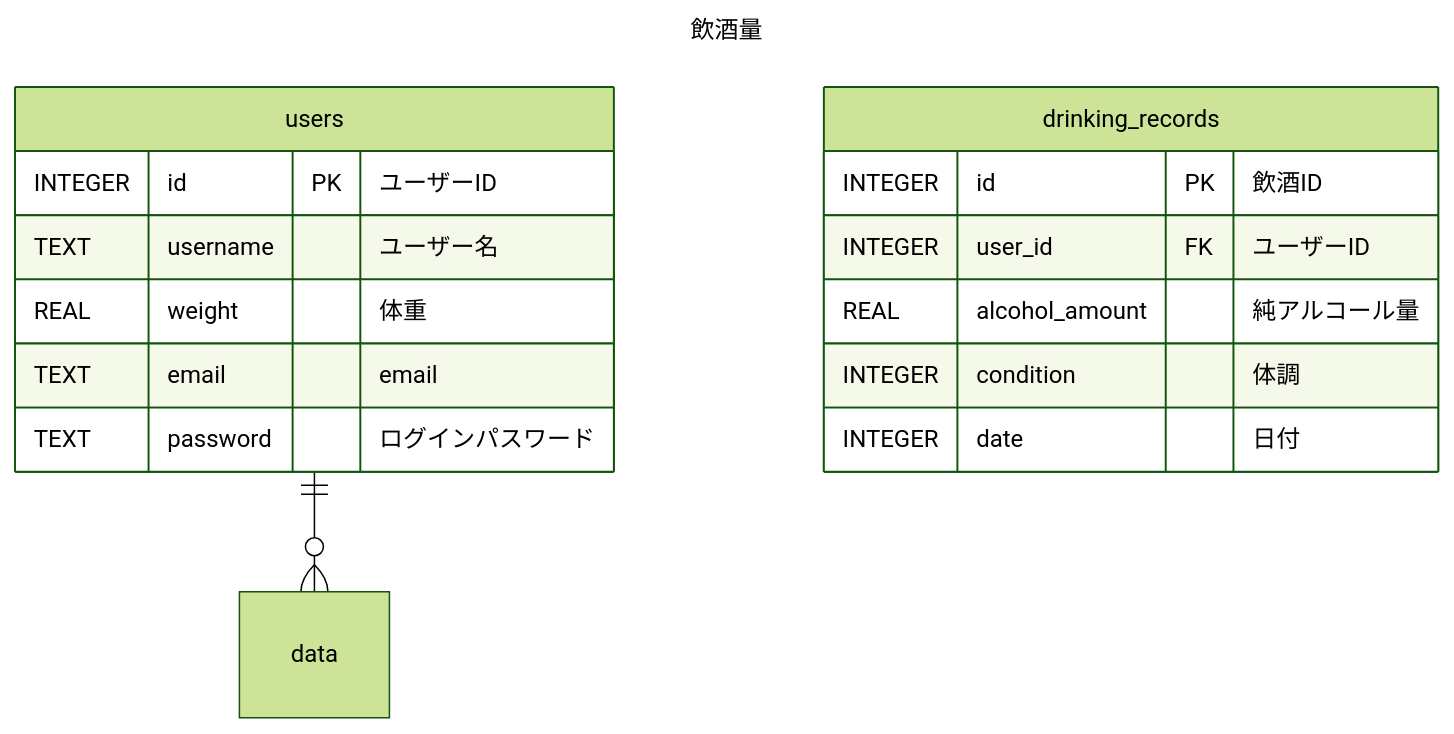
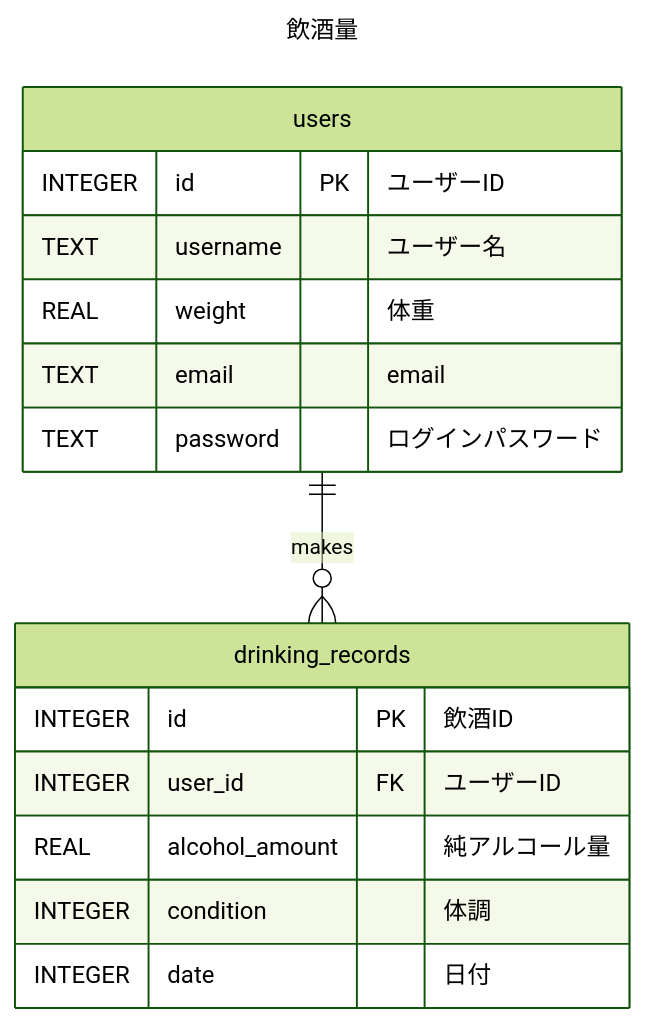
Before and after one commit to saitamau-maximum/alcoho-rhythm: the diagram in README.md, drawn with Mermaid (forest theme).

Commit message:
docs: usersとdrinking_recordsの関係性をmakesに指定

````diff
--- a/README.md
+++ b/README.md
@@ -7,23 +7,23 @@
 ```mermaid
 ---
 title: "飲酒量"
 ---
 erDiagram
-    users ||--o{ data : ""
+    users ||--o{ drinking_records : "makes"
 
     users {
         INTEGER id PK "ユーザーID"
         TEXT username "ユーザー名"
         REAL weight "体重"
         TEXT email "email"
         TEXT password "ログインパスワード"
     }
 
     drinking_records {
         INTEGER id PK "飲酒ID"
         INTEGER user_id FK "ユーザーID"
         REAL alcohol_amount "純アルコール量"
         INTEGER condition "体調"
         INTEGER date "日付"
     }
 ```
````
